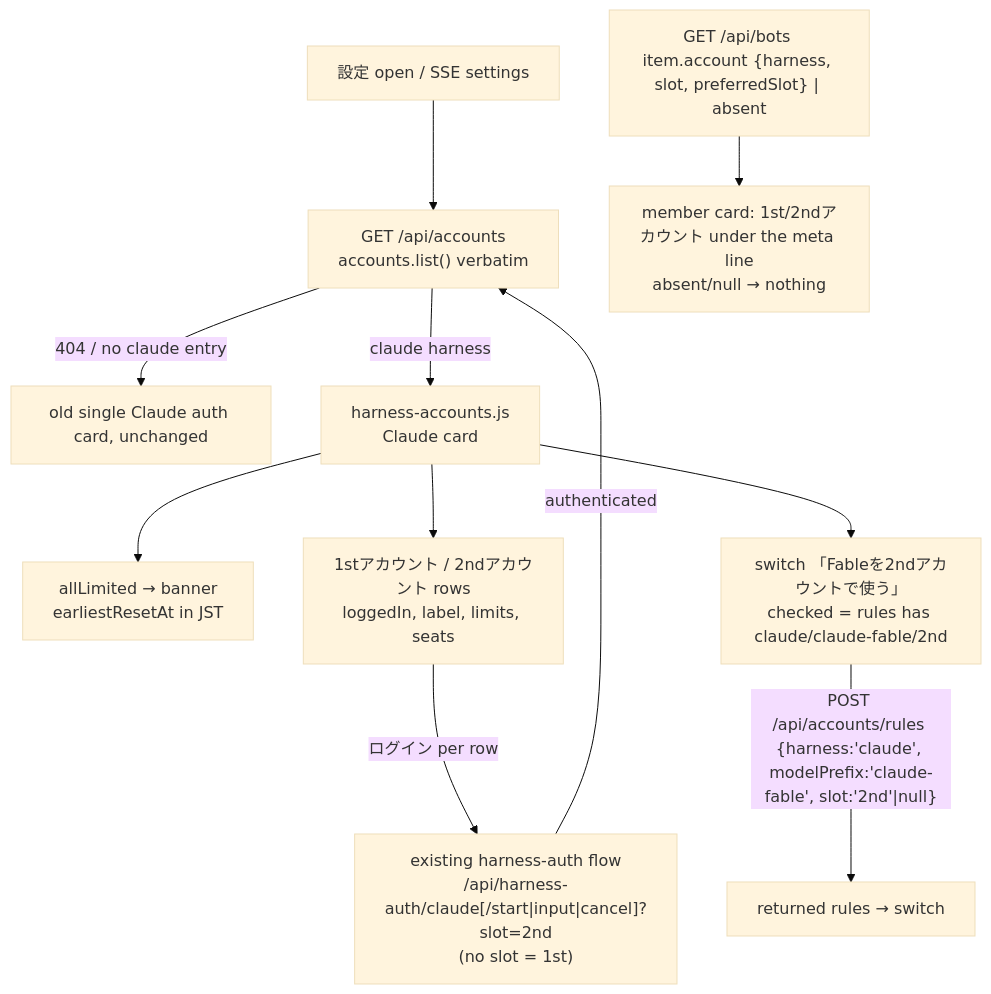
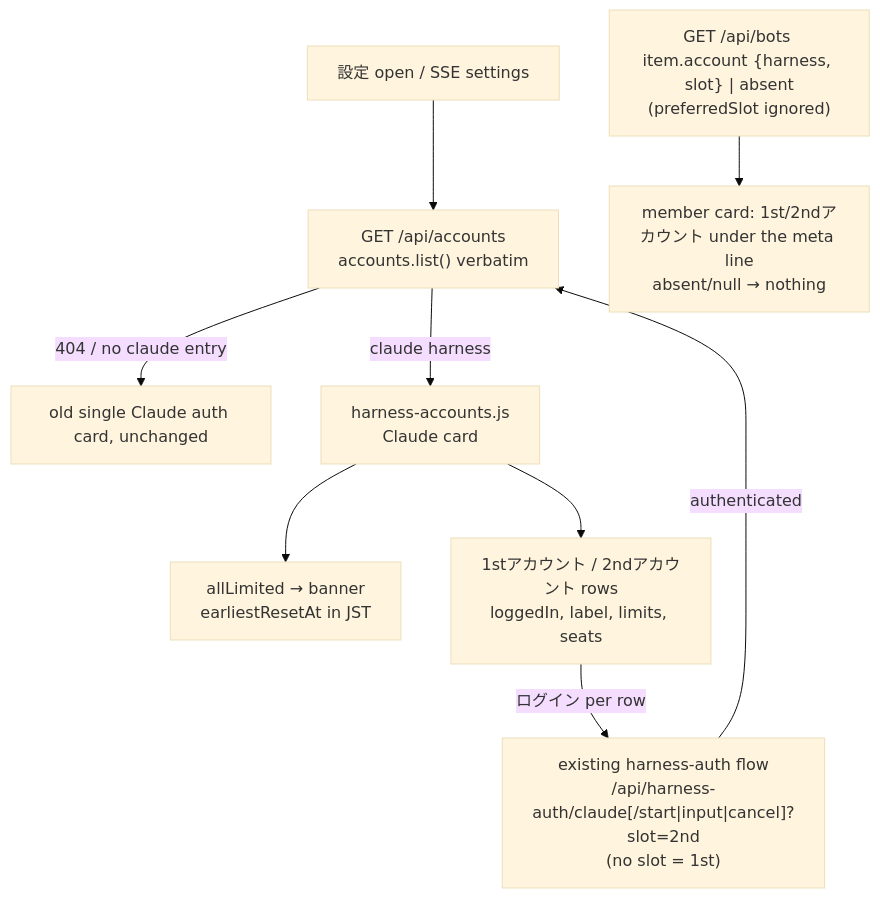
One commit to kitepon/BellTeam changed the second of 2 diagrams in docs/architecture/modules/web/README.md. Above: the diagram before and after it, drawn with Mermaid (base theme). The commit also changed other lines of this file and 3 other files, not shown here.

First line of the commit message:
Web: drop the Fable 2nd-account switch; accounts are limit-driven only (#711)

````diff
--- a/docs/architecture/modules/web/README.md
+++ b/docs/architecture/modules/web/README.md
@@ -73,13 +73,11 @@
 ```mermaid
 flowchart TD
   Open[設定 open / SSE settings] --> List["GET /api/accounts<br/>accounts.list() verbatim"]
   List -->|404 / no claude entry| Old[old single Claude auth card, unchanged]
   List -->|claude harness| Card["harness-accounts.js<br/>Claude card"]
   Card --> Banner["allLimited → banner<br/>earliestResetAt in JST"]
   Card --> Rows["1stアカウント / 2ndアカウント rows<br/>loggedIn, label, limits, seats"]
   Rows -->|ログイン per row| Auth["existing harness-auth flow<br/>/api/harness-auth/claude[/start|input|cancel]?slot=2nd<br/>(no slot = 1st)"]
   Auth -->|authenticated| List
-  Card --> Switch["switch 「Fableを2ndアカウントで使う」<br/>checked = rules has claude/claude-fable/2nd"]
-  Switch -->|"POST /api/accounts/rules {harness:'claude', modelPrefix:'claude-fable', slot:'2nd'|null}"| Rules[returned rules → switch]
-  Bots["GET /api/bots item.account {harness, slot, preferredSlot} | absent"] --> Member["member card: 1st/2ndアカウント under the meta line<br/>absent/null → nothing"]
+  Bots["GET /api/bots item.account {harness, slot} | absent<br/>(preferredSlot ignored)"] --> Member["member card: 1st/2ndアカウント under the meta line<br/>absent/null → nothing"]
 ```
````
